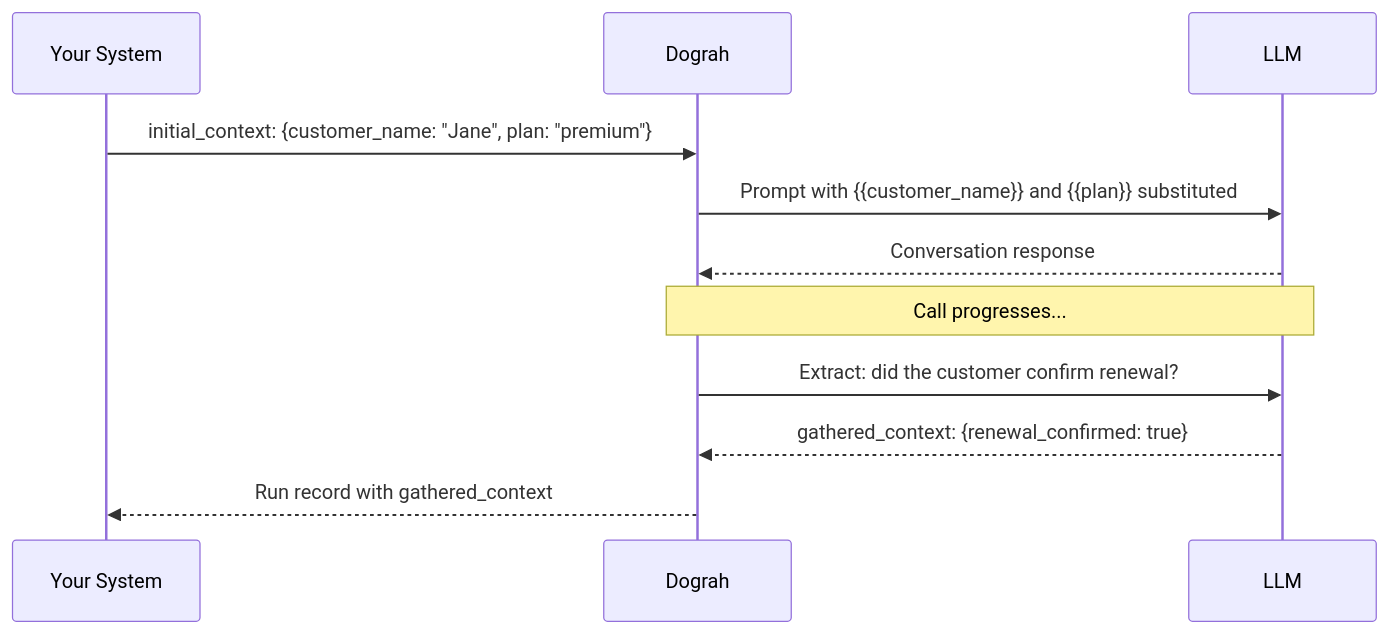
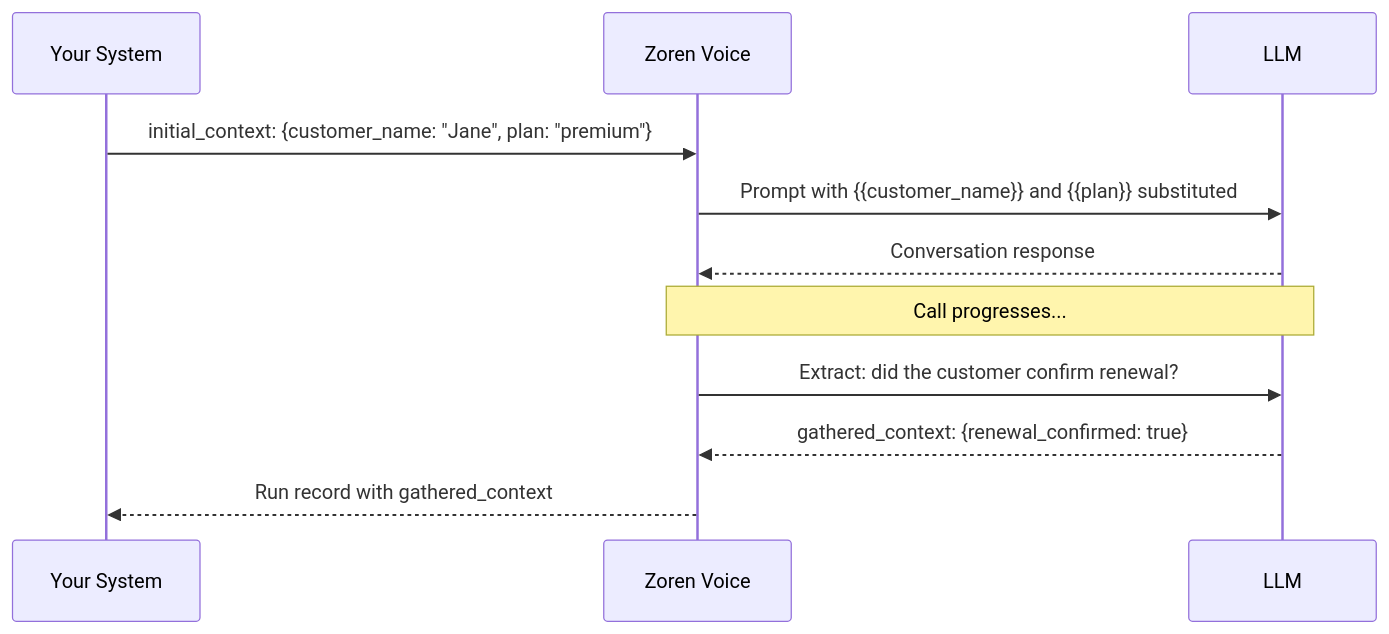
Before and after one commit to dograh-hq/dograh: the diagram in docs/core-concepts/context-and-variables.mdx, drawn with Mermaid. The commit also changed other lines of this file and 82 other files, not shown here.

Commit message:
Rebrand Dograh to Zoren Voice

````diff
--- a/docs/core-concepts/context-and-variables.mdx
+++ b/docs/core-concepts/context-and-variables.mdx
@@ -58,14 +58,14 @@
 ```mermaid
 sequenceDiagram
     participant App as Your System
-    participant Dog as Dograh
+    participant Dog as Zoren Voice
     participant LLM as LLM
 
     App->>Dog: initial_context: {customer_name: "Jane", plan: "premium"}
     Dog->>LLM: Prompt with {{customer_name}} and {{plan}} substituted
     LLM-->>Dog: Conversation response
     Note over Dog,LLM: Call progresses...
     Dog->>LLM: Extract: did the customer confirm renewal?
     LLM-->>Dog: gathered_context: {renewal_confirmed: true}
     Dog-->>App: Run record with gathered_context
 ```
````
